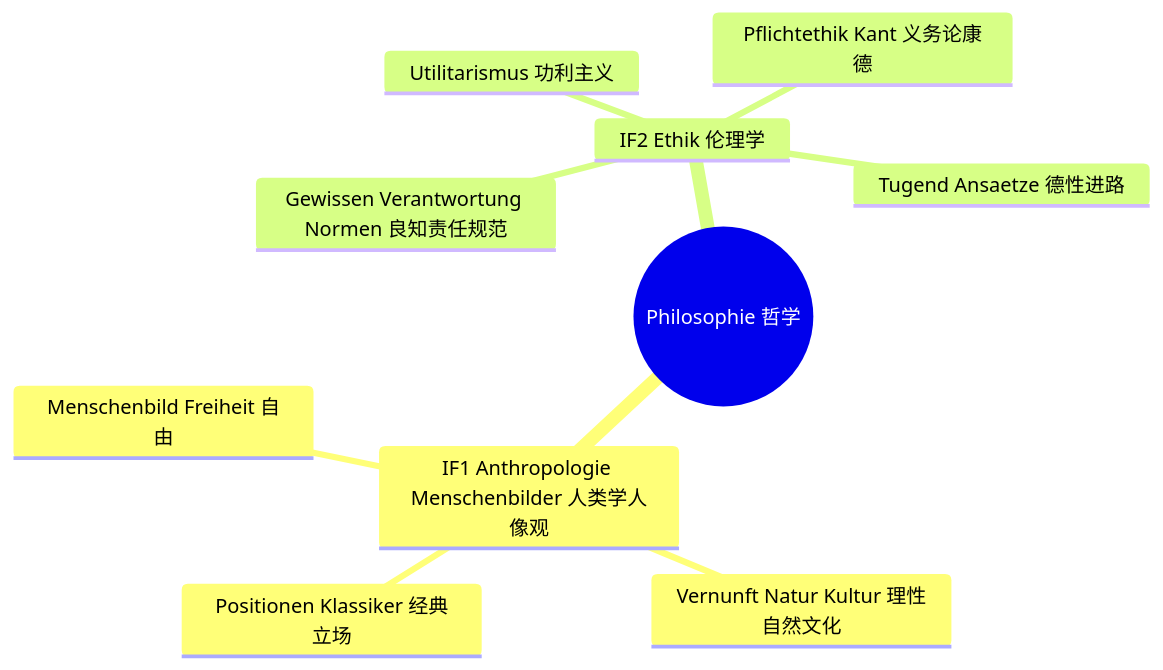
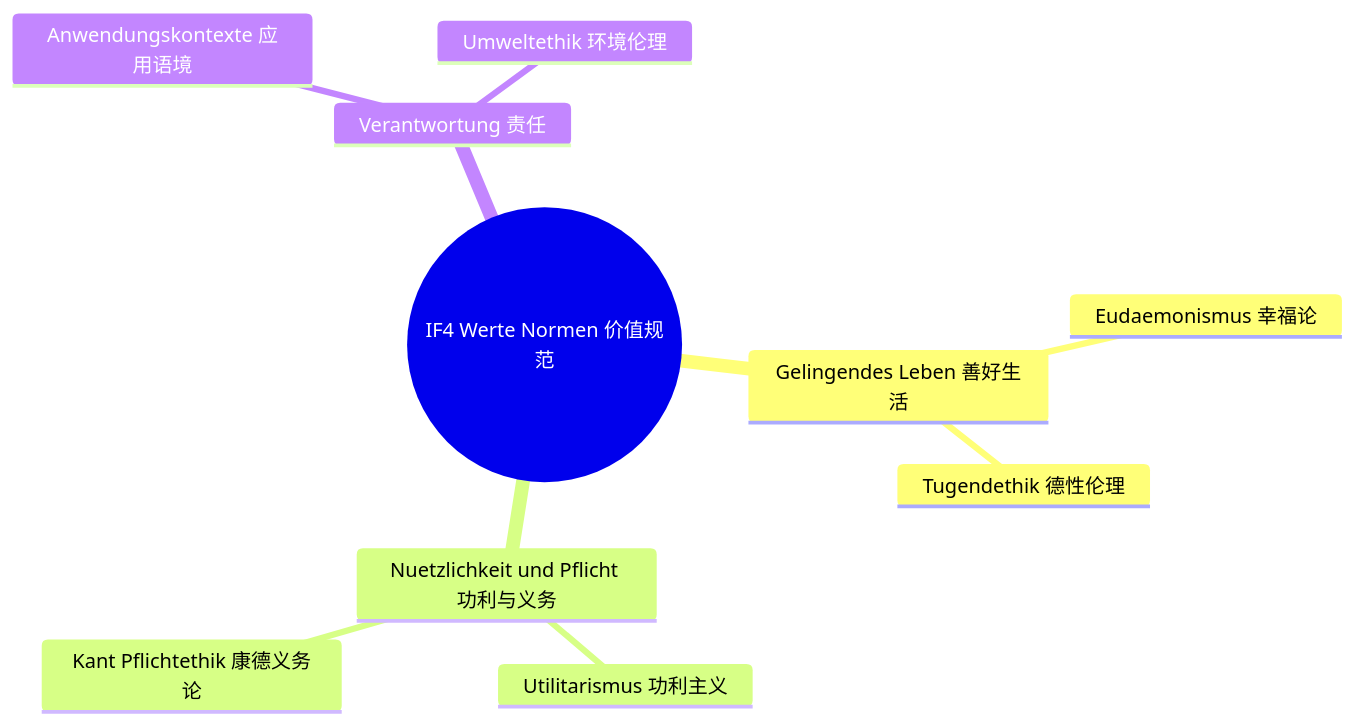
One commit to jjjjjjjjnnjnn/EF-GeWi-Lernvault changed the fifth of 7 diagrams in 00_META/Lernbaum/Lernbaum-Philosophie.md. Above: the diagram before and after it, drawn with Mermaid. The commit also changed other lines of this file, not shown here.

Commit message:
[Meta] Abi-Baum S7: Philosophie zu EF-Q2 Baum mit Methodenprofil und EF-Luecken-Prioritaet

````diff
--- a/00_META/Lernbaum/Lernbaum-Philosophie.md
+++ b/00_META/Lernbaum/Lernbaum-Philosophie.md
@@ -17,13 +335,13 @@
 ```mermaid
 mindmap
-  root((Philosophie 哲学))
-    IF1 Anthropologie Menschenbilder 人类学人像观
-      Menschenbild Freiheit 自由
-      Vernunft Natur Kultur 理性自然文化
-      Positionen Klassiker 经典立场
-    IF2 Ethik 伦理学
-      Gewissen Verantwortung Normen 良知责任规范
+  root((IF4 Werte Normen 价值规范))
+    Gelingendes Leben 善好生活
+      Eudaemonismus 幸福论
+      Tugendethik 德性伦理
+    Nuetzlichkeit und Pflicht 功利与义务
       Utilitarismus 功利主义
-      Pflichtethik Kant 义务论康德
-      Tugend Ansaetze 德性进路
+      Kant Pflichtethik 康德义务论
+    Verantwortung 责任
+      Anwendungskontexte 应用语境
+      Umweltethik 环境伦理
 ```
````
